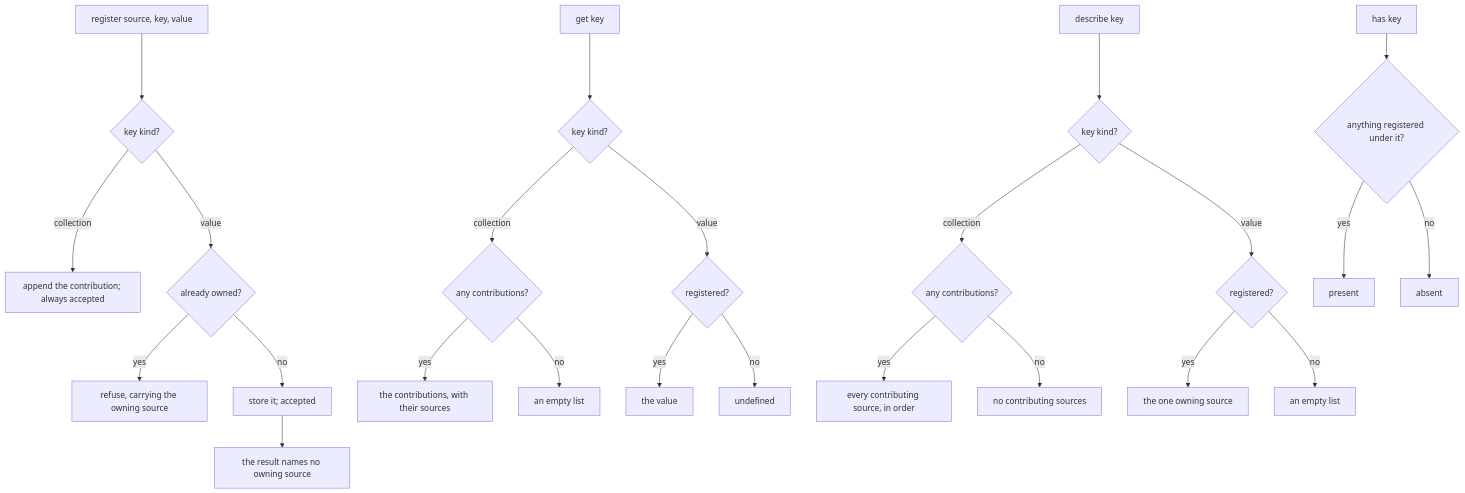
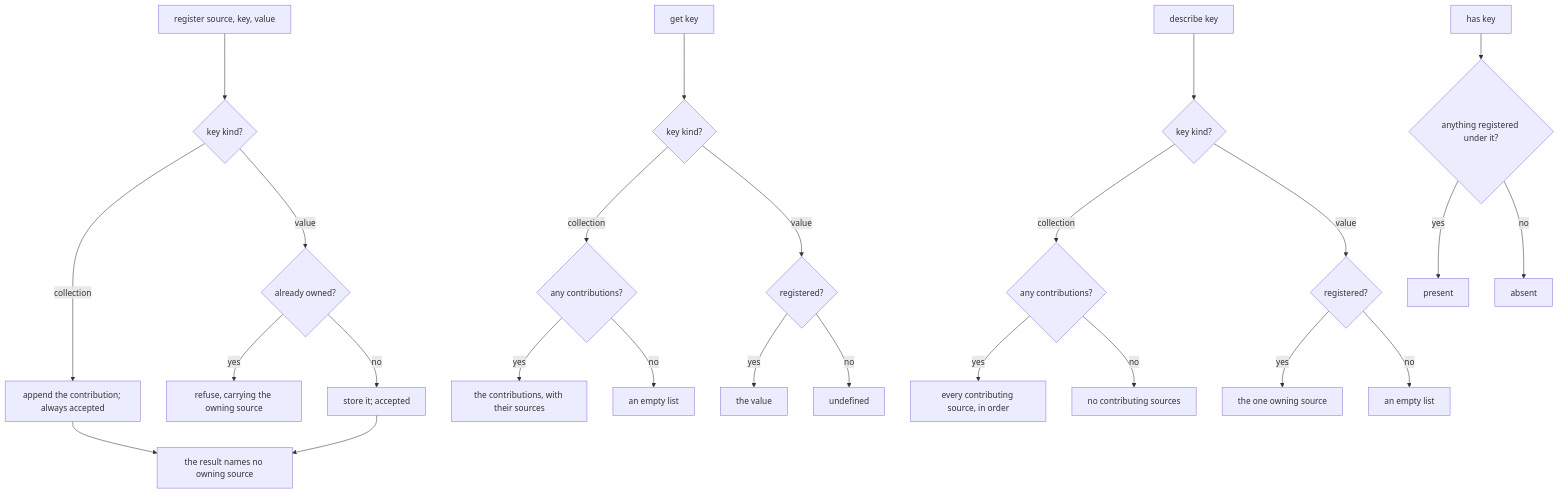
Before and after one commit to clibuilder/clibuilder: the third of 4 diagrams in packages/clibuilder/.agents/spec/plugins/README.md, drawn with Mermaid. The commit also changed other lines of this file and 2 other files, not shown here.

Commit message:
docs(clibuilder): re-derive plugins cold and record the comparison
Re-derived plugins/ from source without reading the standing spec,
following the actor-first enumeration and the (path class, edge) rule,
then diffed against the patched artifact.

Coverage came out identical — the cold derivation found no edge the three
judge rounds had missed, which is the real positive result. But the
patching had introduced a false permutation: register returns accepted
with no source from both the collection and value paths, while the graph
hung that outcome off the value path alone and the Given named one route.
An over-specific Given is a defect by the bar, so both paths now
reconverge and the Given is the reconvergence point.

Also records a refuted suspicion with its reasoning, per the sweep rule
that the negative half is owed: the two describe-unregistered scenarios
are distinct drawn edges, not a false permutation.

The headline is that R5, R6 and R7 were already written in the two
governances nobody had opened, along with the explicit instruction that
backfill re-derives rather than patches the gaps a diff notices.

Claude-Session: https://claude.ai/code/session_01ApaSQYq4gvpQgibMuwq5nu

````diff
--- a/packages/clibuilder/.agents/spec/plugins/README.md
+++ b/packages/clibuilder/.agents/spec/plugins/README.md
@@ -191,25 +191,25 @@
 ```mermaid
 graph TD
   R[register source, key, value] --> KIND{key kind?}
-  KIND -- collection --> APP[append the contribution; always accepted]
+  KIND -- collection --> APP[append the contribution; always accepted] --> TNS
   KIND -- value --> OWN{already owned?}
   OWN -- yes --> REF[refuse, carrying the owning source]
   OWN -- no --> TAKE[store it; accepted] --> TNS[the result names no owning source]
   G[get key] --> GK{key kind?}
   GK -- collection --> GC{any contributions?}
   GC -- yes --> GCL[the contributions, with their sources]
   GC -- no --> GE[an empty list]
   GK -- value --> GV{registered?}
   GV -- yes --> GVV[the value]
   GV -- no --> GU[undefined]
   D[describe key] --> DK{key kind?}
   DK -- collection --> DC{any contributions?}
   DC -- yes --> DCS[every contributing source, in order]
   DC -- no --> DCE[no contributing sources]
   DK -- value --> DV{registered?}
   DV -- yes --> DVS[the one owning source]
   DV -- no --> DE[an empty list]
   H[has key] --> HR{anything registered under it?}
   HR -- yes --> HT[present]
   HR -- no --> HF[absent]
 ```
````
